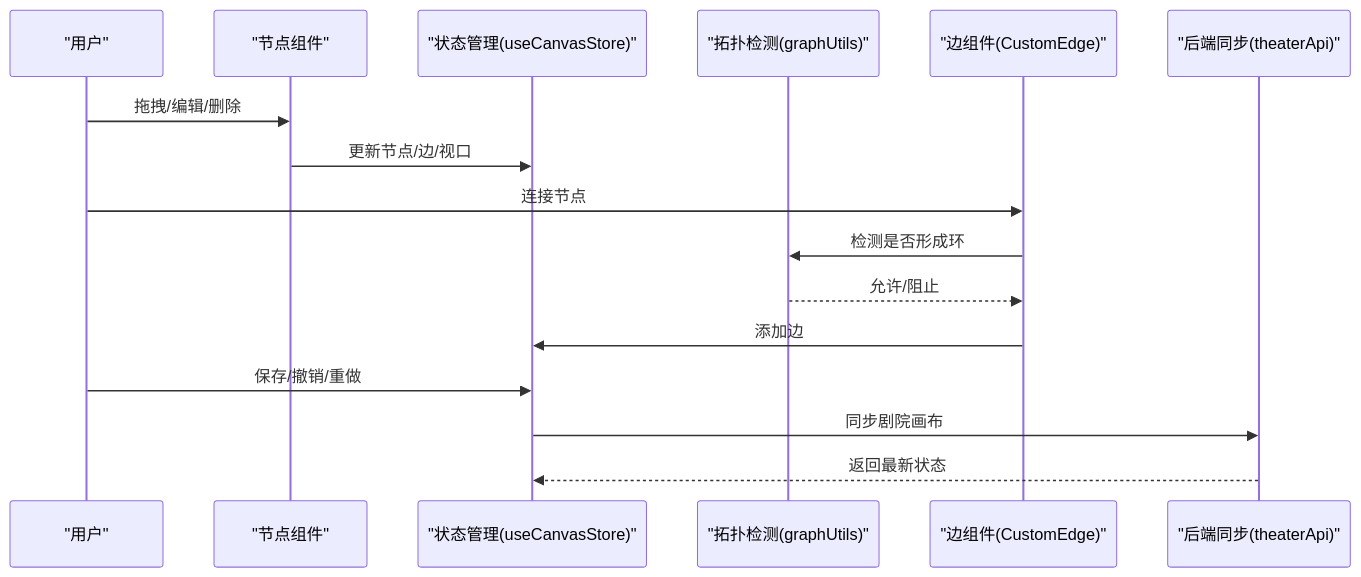
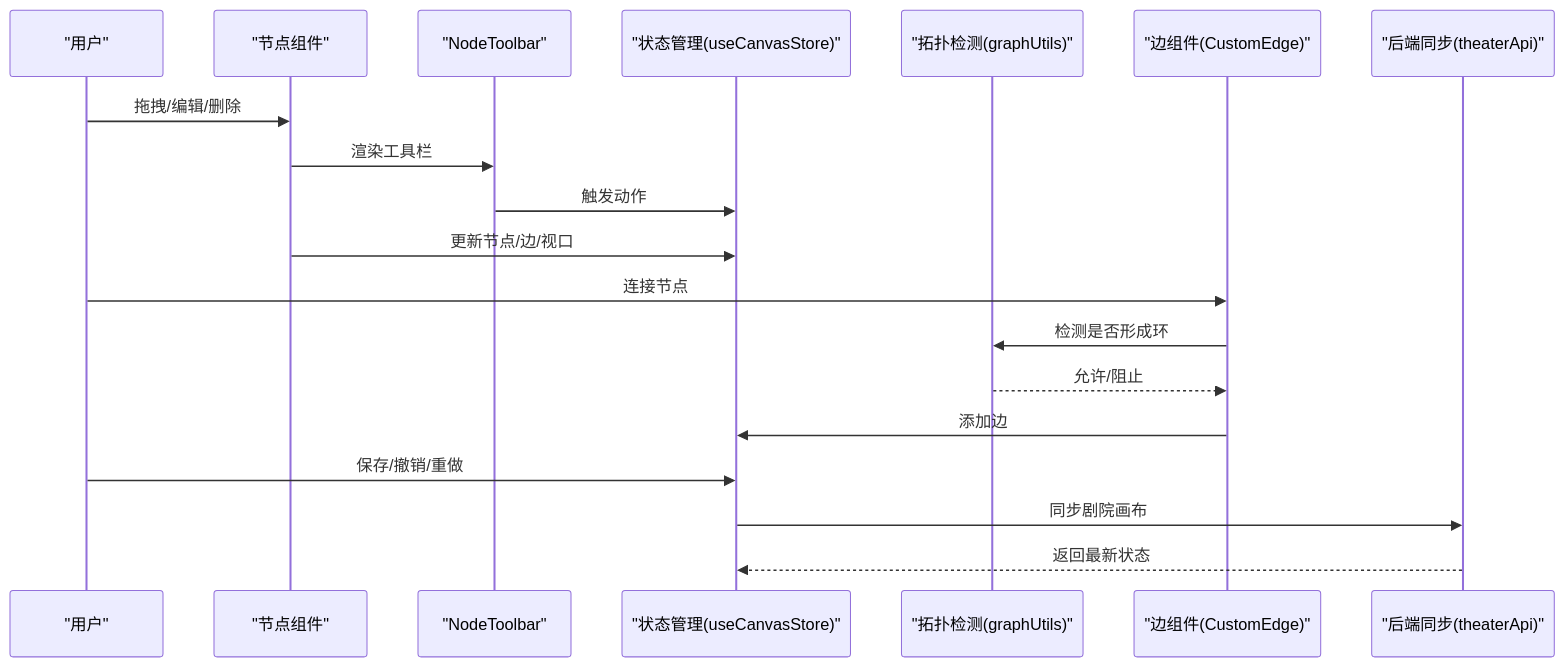
One commit to KunLabAI/KunFlix changed the second of 9 diagrams in .qoder/repowiki/zh/content/前端应用架构/剧场画布编辑器/节点系统.md. Above: the diagram before and after it, drawn with Mermaid. The commit also changed other lines of this file and 9 other files, not shown here.

````diff
--- a/.qoder/repowiki/zh/content/前端应用架构/剧场画布编辑器/节点系统.md
+++ b/.qoder/repowiki/zh/content/前端应用架构/剧场画布编辑器/节点系统.md
@@ -122,18 +135,21 @@
 ```mermaid
 sequenceDiagram
 participant U as "用户"
 participant N as "节点组件"
+participant NT as "NodeToolbar"
 participant S as "状态管理(useCanvasStore)"
 participant G as "拓扑检测(graphUtils)"
 participant E as "边组件(CustomEdge)"
 participant B as "后端同步(theaterApi)"
 U->>N : 拖拽/编辑/删除
+N->>NT : 渲染工具栏
+NT->>S : 触发动作
 N->>S : 更新节点/边/视口
 U->>E : 连接节点
 E->>G : 检测是否形成环
 G-->>E : 允许/阻止
 E->>S : 添加边
 U->>S : 保存/撤销/重做
 S->>B : 同步剧院画布
 B-->>S : 返回最新状态
 ```
````
